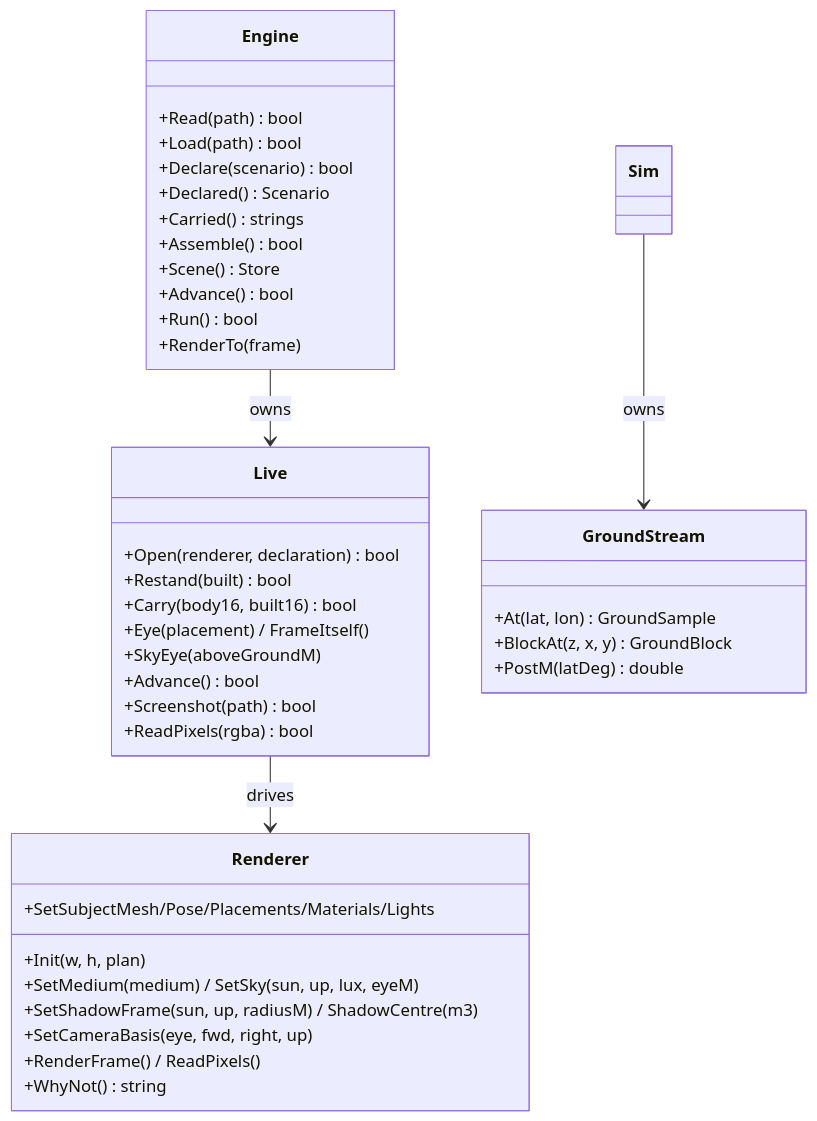
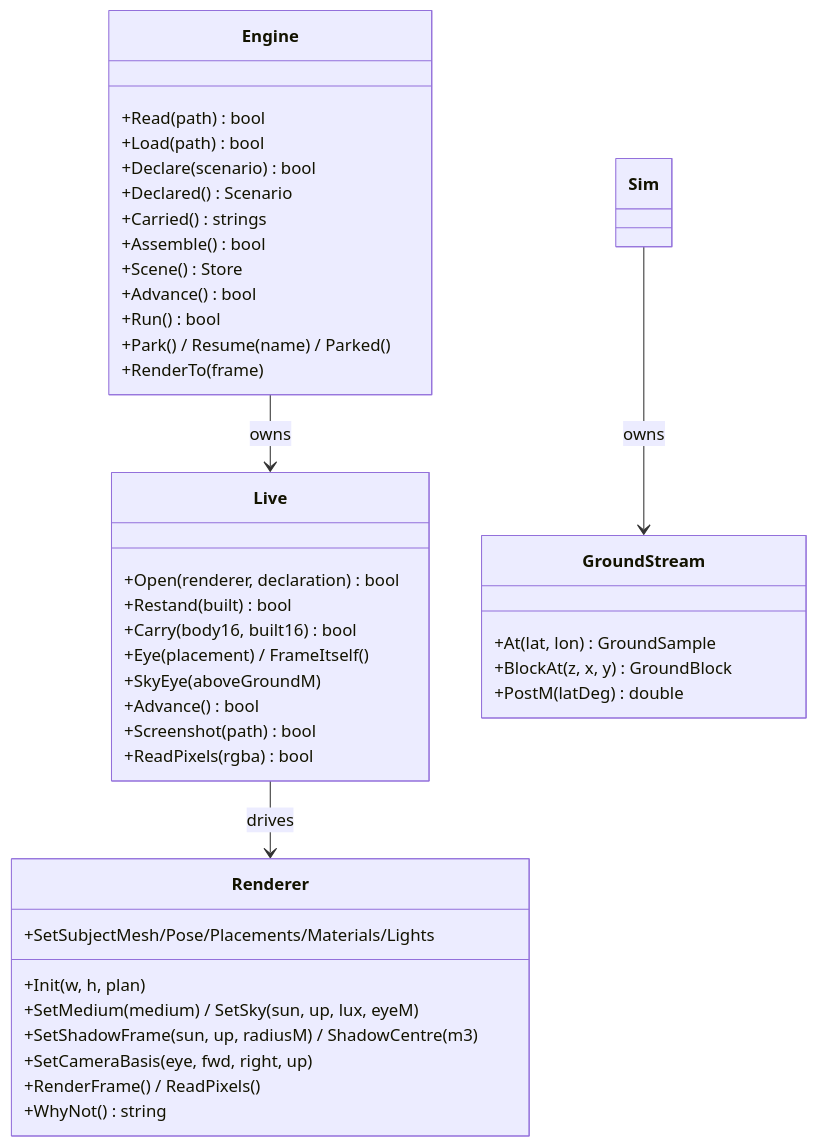
Before and after one commit to Weichwolf/outshine: the eighth of 11 diagrams in CLAUDE.md, drawn with Mermaid. The commit also changed 6 other files, not shown here.

````diff
--- a/CLAUDE.md
+++ b/CLAUDE.md
@@ -257,43 +257,44 @@
 ```mermaid
 classDiagram
   direction TB
   class Engine {
     +Read(path) bool
     +Load(path) bool
     +Declare(scenario) bool
     +Declared() Scenario
     +Carried() strings
     +Assemble() bool
     +Scene() Store
     +Advance() bool
     +Run() bool
+    +Park() / Resume(name) / Parked()
     +RenderTo(frame)
   }
   class Live {
     +Open(renderer, declaration) bool
     +Restand(built) bool
     +Carry(body16, built16) bool
     +Eye(placement) / FrameItself()
     +SkyEye(aboveGroundM)
     +Advance() bool
     +Screenshot(path) bool
     +ReadPixels(rgba) bool
   }
   class Renderer {
     +Init(w, h, plan)
     +SetSubjectMesh/Pose/Placements/Materials/Lights
     +SetMedium(medium) / SetSky(sun, up, lux, eyeM)
     +SetShadowFrame(sun, up, radiusM) / ShadowCentre(m3)
     +SetCameraBasis(eye, fwd, right, up)
     +RenderFrame() / ReadPixels()
     +WhyNot() string
   }
   class GroundStream {
     +At(lat, lon) GroundSample
     +BlockAt(z, x, y) GroundBlock
     +PostM(latDeg) double
   }
   Engine --> Live : owns
   Live --> Renderer : drives
   Sim --> GroundStream : owns
 ```
````
